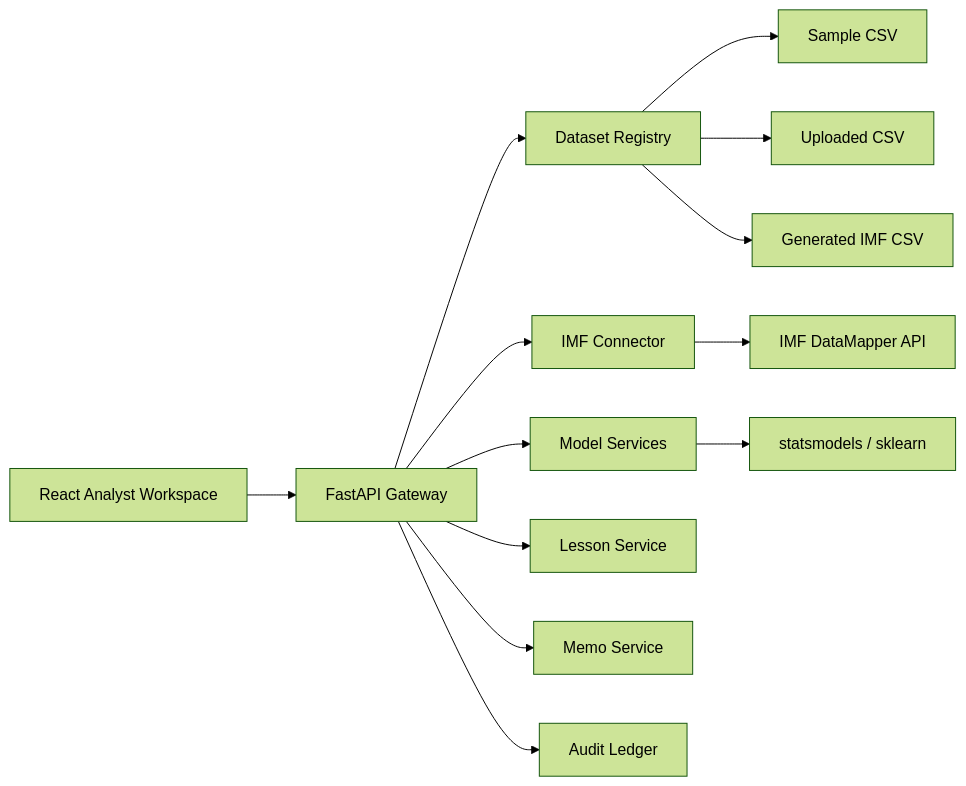
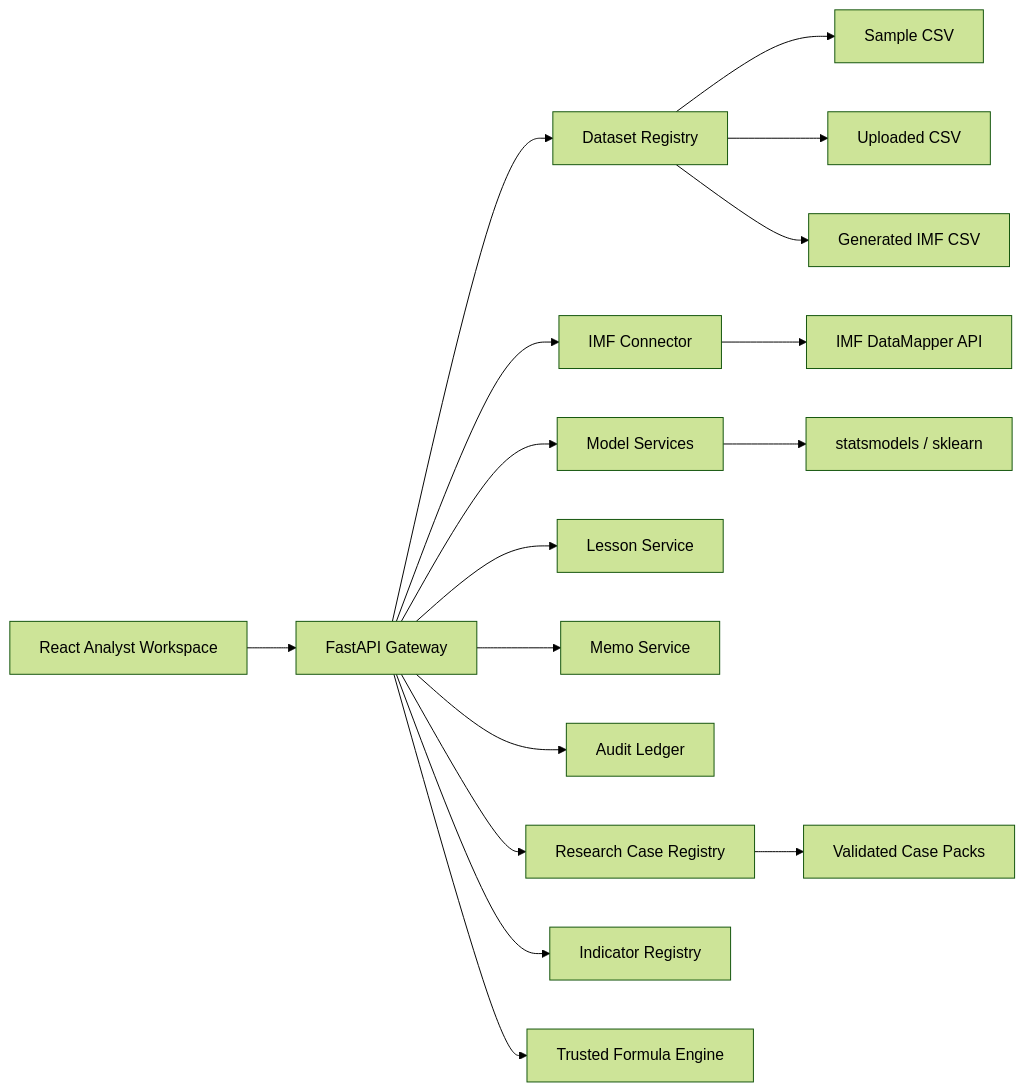
Before and after one commit to micah-charles/CountryRiskModelLab: the diagram in docs/ARCHITECTURE.md, drawn with Mermaid (forest theme). The commit also changed other lines of this file and 39 other files, not shown here.

````diff
--- a/docs/ARCHITECTURE.md
+++ b/docs/ARCHITECTURE.md
@@ -9,15 +11,19 @@
 ```mermaid
 flowchart LR
     A["React Analyst Workspace"] --> B["FastAPI Gateway"]
     B --> C["Dataset Registry"]
     B --> D["IMF Connector"]
     B --> E["Model Services"]
     B --> F["Lesson Service"]
     B --> G["Memo Service"]
     B --> H["Audit Ledger"]
+    B --> N["Research Case Registry"]
+    B --> O["Indicator Registry"]
+    B --> P["Trusted Formula Engine"]
     D --> I["IMF DataMapper API"]
     C --> J["Sample CSV"]
     C --> K["Uploaded CSV"]
     C --> L["Generated IMF CSV"]
     E --> M["statsmodels / sklearn"]
+    N --> Q["Validated Case Packs"]
 ```
````
